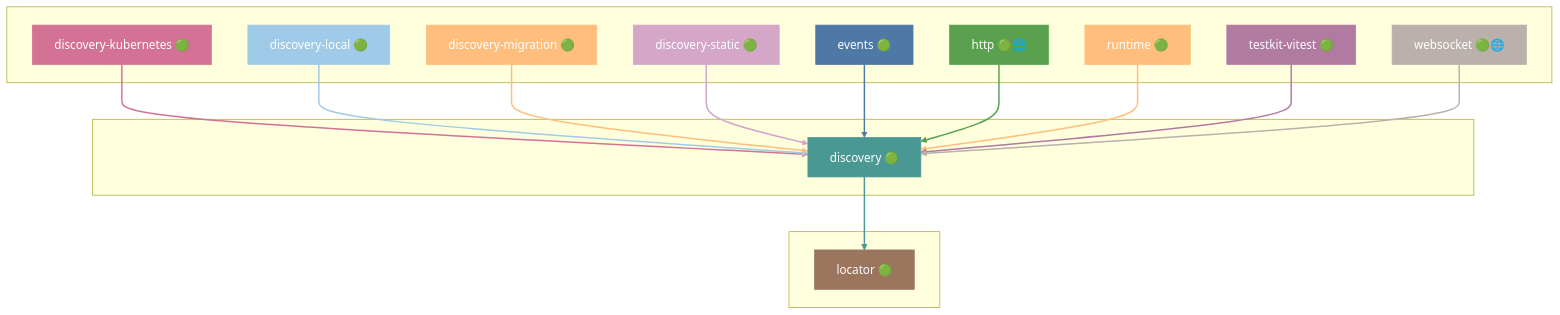
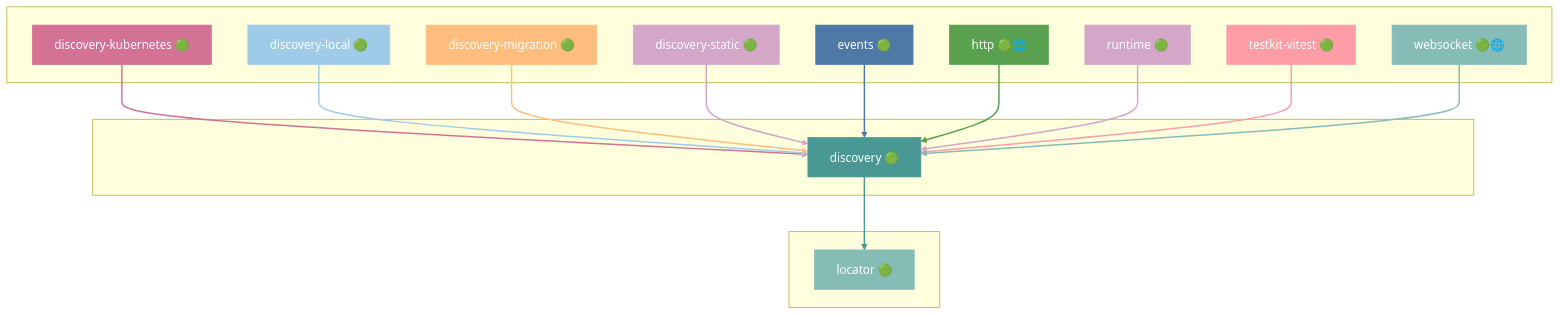
One commit to grest-ts/grest-ts changed diagram 15 of 48 in docs/DEPENDENCIES.md. Above: the diagram before and after it, drawn with Mermaid. The commit also changed other lines of this file and 78 other files, not shown here.

````diff
--- a/docs/DEPENDENCIES.md
+++ b/docs/DEPENDENCIES.md
@@ -919,51 +925,51 @@
 ```mermaid
 flowchart TB
     subgraph Dependents[" "]
         discovery-kubernetes["discovery-kubernetes 🟢"]
         discovery-local["discovery-local 🟢"]
         discovery-migration["discovery-migration 🟢"]
         discovery-static["discovery-static 🟢"]
         events["events 🟢"]
         http["http 🟢🌐"]
         runtime["runtime 🟢"]
         testkit-vitest["testkit-vitest 🟢"]
         websocket["websocket 🟢🌐"]
     end
     subgraph Package[" "]
         discovery["discovery 🟢"]
     end
     subgraph Dependencies[" "]
         locator["locator 🟢"]
     end
     discovery-kubernetes --> discovery
     discovery-local --> discovery
     discovery-migration --> discovery
     discovery-static --> discovery
     events --> discovery
     http --> discovery
     runtime --> discovery
     testkit-vitest --> discovery
     websocket --> discovery
     discovery --> locator
     style discovery fill:#499894,stroke:#499894,color:#fff
     style discovery-kubernetes fill:#D37295,stroke:#D37295,color:#fff
     style discovery-local fill:#A0CBE8,stroke:#A0CBE8,color:#fff
     style discovery-migration fill:#FFBE7D,stroke:#FFBE7D,color:#fff
     style discovery-static fill:#D4A6C8,stroke:#D4A6C8,color:#fff
     style events fill:#4E79A7,stroke:#4E79A7,color:#fff
     style http fill:#59A14F,stroke:#59A14F,color:#fff
-    style runtime fill:#FFBE7D,stroke:#FFBE7D,color:#fff
-    style testkit-vitest fill:#B07AA1,stroke:#B07AA1,color:#fff
-    style websocket fill:#BAB0AC,stroke:#BAB0AC,color:#fff
-    style locator fill:#9C755F,stroke:#9C755F,color:#fff
+    style runtime fill:#D4A6C8,stroke:#D4A6C8,color:#fff
+    style testkit-vitest fill:#FF9DA7,stroke:#FF9DA7,color:#fff
+    style websocket fill:#86BCB6,stroke:#86BCB6,color:#fff
+    style locator fill:#86BCB6,stroke:#86BCB6,color:#fff
     linkStyle 0 stroke:#D37295,stroke-width:2px
     linkStyle 1 stroke:#A0CBE8,stroke-width:2px
     linkStyle 2 stroke:#FFBE7D,stroke-width:2px
     linkStyle 3 stroke:#D4A6C8,stroke-width:2px
     linkStyle 4 stroke:#4E79A7,stroke-width:2px
     linkStyle 5 stroke:#59A14F,stroke-width:2px
-    linkStyle 6 stroke:#FFBE7D,stroke-width:2px
-    linkStyle 7 stroke:#B07AA1,stroke-width:2px
-    linkStyle 8 stroke:#BAB0AC,stroke-width:2px
+    linkStyle 6 stroke:#D4A6C8,stroke-width:2px
+    linkStyle 7 stroke:#FF9DA7,stroke-width:2px
+    linkStyle 8 stroke:#86BCB6,stroke-width:2px
     linkStyle 9 stroke:#499894,stroke-width:2px
 ```
````
